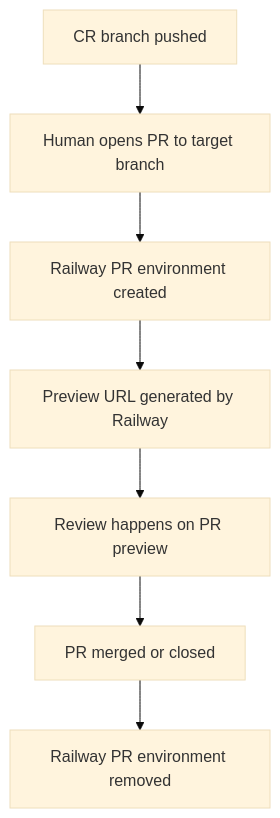
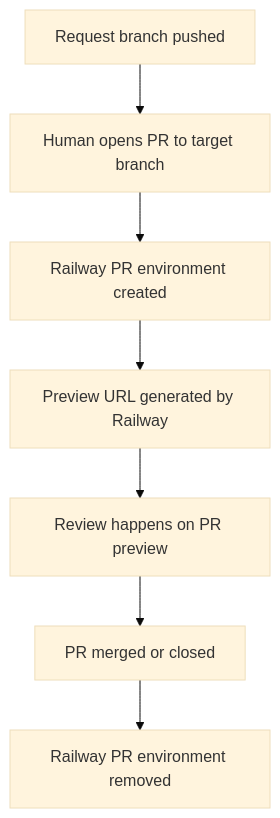
The fifth of 7 diagrams in docs/change-request-flow.md (superprismio/prism-railway-template), drawn with Mermaid (base theme) before and after one commit. The commit also changed other lines of this file and 29 other files, not shown here.

````diff
--- a/docs/change-request-flow.md
+++ b/docs/change-request-flow.md
@@ -104,9 +110,9 @@
 ```mermaid
 flowchart TD
-    A[CR branch pushed] --> B[Human opens PR to target branch]
+    A[Request branch pushed] --> B[Human opens PR to target branch]
     B --> C[Railway PR environment created]
     C --> D[Preview URL generated by Railway]
     D --> E[Review happens on PR preview]
     E --> F[PR merged or closed]
     F --> G[Railway PR environment removed]
 ```
````
